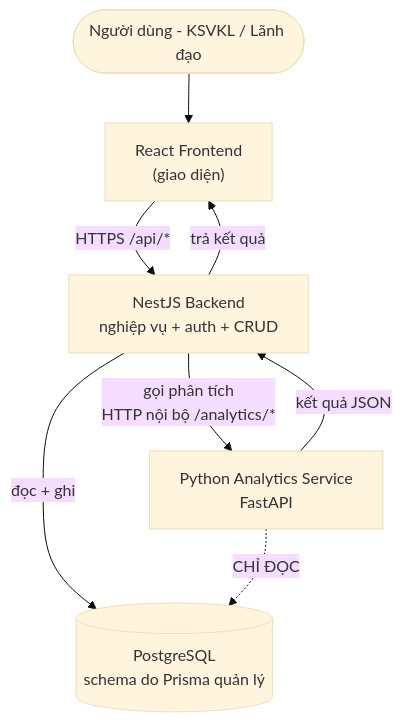
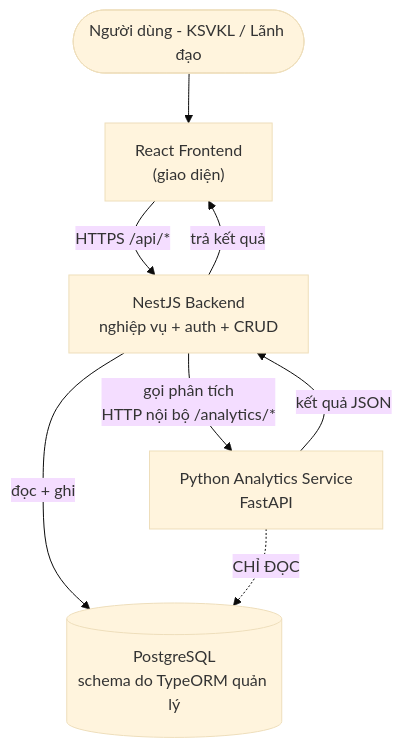
Before and after one commit to BongBang104/quan-ly-ksvkl: the first of 4 diagrams in PYTHON_ANALYTICS_SPEC.md, drawn with Mermaid (base theme). The commit also changed other lines of this file and 70 other files, not shown here.

````diff
--- a/PYTHON_ANALYTICS_SPEC.md
+++ b/PYTHON_ANALYTICS_SPEC.md
@@ -22,16 +22,16 @@
 ```mermaid
 flowchart TB
     User([Người dùng - KSVKL / Lãnh đạo])
     React["React Frontend<br/>(giao diện)"]
     Nest["NestJS Backend<br/>nghiệp vụ + auth + CRUD"]
-    PG[("PostgreSQL<br/>schema do Prisma quản lý")]
+    PG[("PostgreSQL<br/>schema do TypeORM quản lý")]
     Py["Python Analytics Service<br/>FastAPI"]
 
     User --> React
     React -->|"HTTPS /api/*"| Nest
     Nest -->|"đọc + ghi"| PG
     Nest -->|"gọi phân tích<br/>HTTP nội bộ /analytics/*"| Py
     Py -.->|"CHỈ ĐỌC"| PG
     Py -->|"kết quả JSON"| Nest
     Nest -->|"trả kết quả"| React
 ```
````
